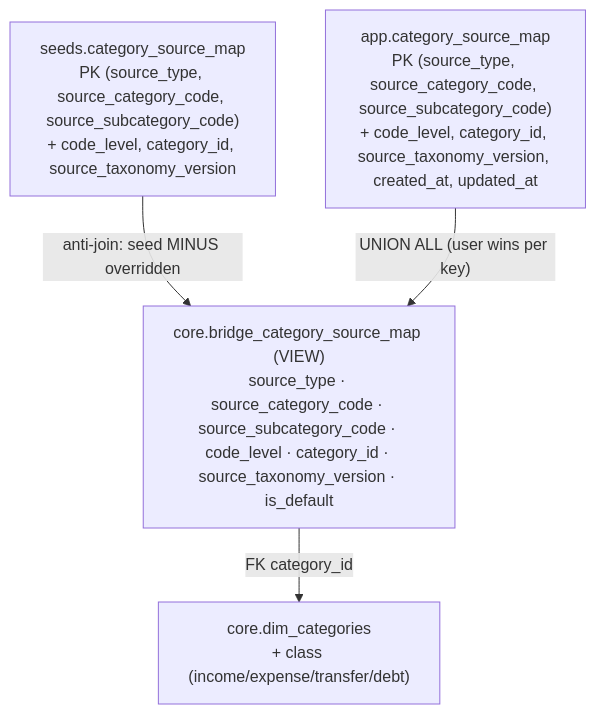
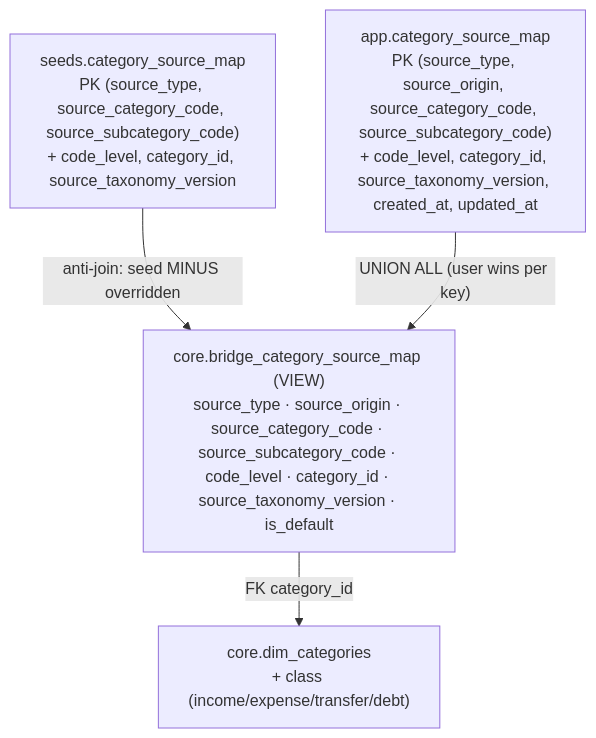
One commit to bsaffel/moneybin changed the diagram in docs/specs/category-source-map.md. Above: the diagram before and after it, drawn with Mermaid. The commit also changed other lines of this file and 29 other files, not shown here.

First line of the commit message:
Key category source mappings by the row's source type and origin

````diff
--- a/docs/specs/category-source-map.md
+++ b/docs/specs/category-source-map.md
@@ -54,10 +54,10 @@
 ```mermaid
 flowchart TD
     seed["seeds.category_source_map<br/>PK (source_type, source_category_code, source_subcategory_code)<br/>+ code_level, category_id, source_taxonomy_version"]
-    app["app.category_source_map<br/>PK (source_type, source_category_code, source_subcategory_code)<br/>+ code_level, category_id, source_taxonomy_version, created_at, updated_at"]
-    view["core.bridge_category_source_map (VIEW)<br/>source_type · source_category_code · source_subcategory_code · code_level · category_id · source_taxonomy_version · is_default"]
+    app["app.category_source_map<br/>PK (source_type, source_origin, source_category_code, source_subcategory_code)<br/>+ code_level, category_id, source_taxonomy_version, created_at, updated_at"]
+    view["core.bridge_category_source_map (VIEW)<br/>source_type · source_origin · source_category_code · source_subcategory_code · code_level · category_id · source_taxonomy_version · is_default"]
     dim["core.dim_categories<br/>+ class (income/expense/transfer/debt)"]
     seed -- "anti-join: seed MINUS overridden" --> view
     app -- "UNION ALL (user wins per key)" --> view
     view -- "FK category_id" --> dim
 ```
````
